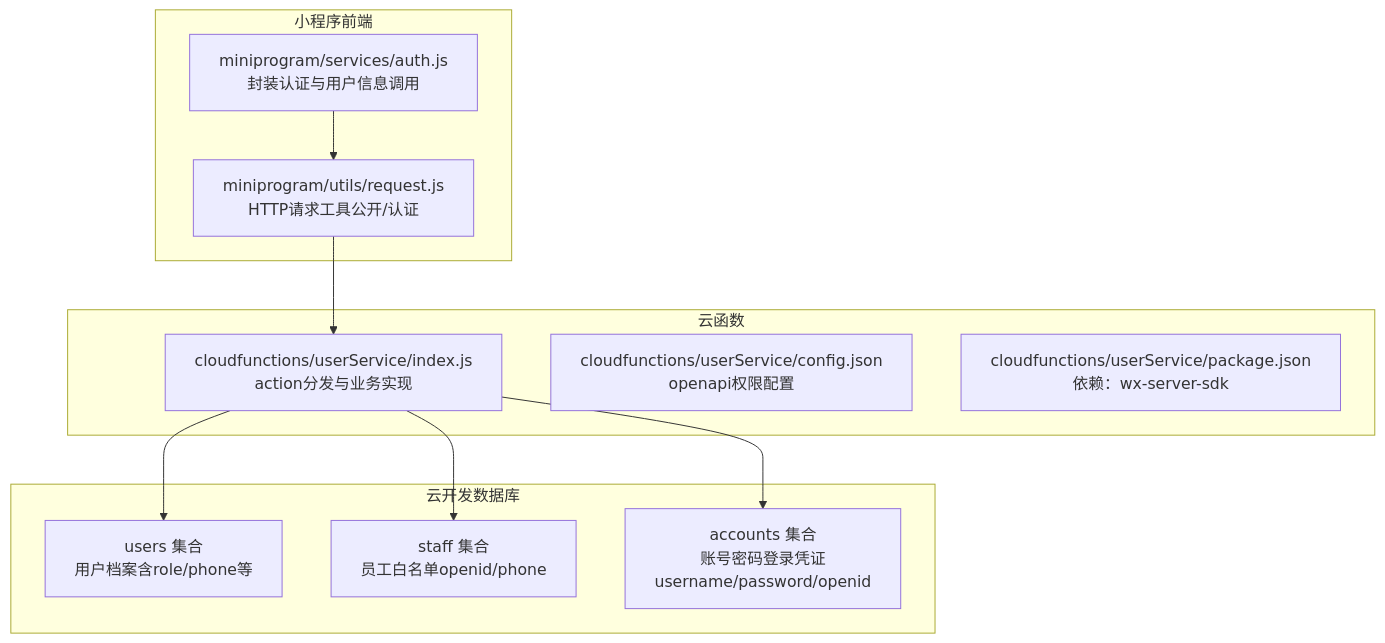
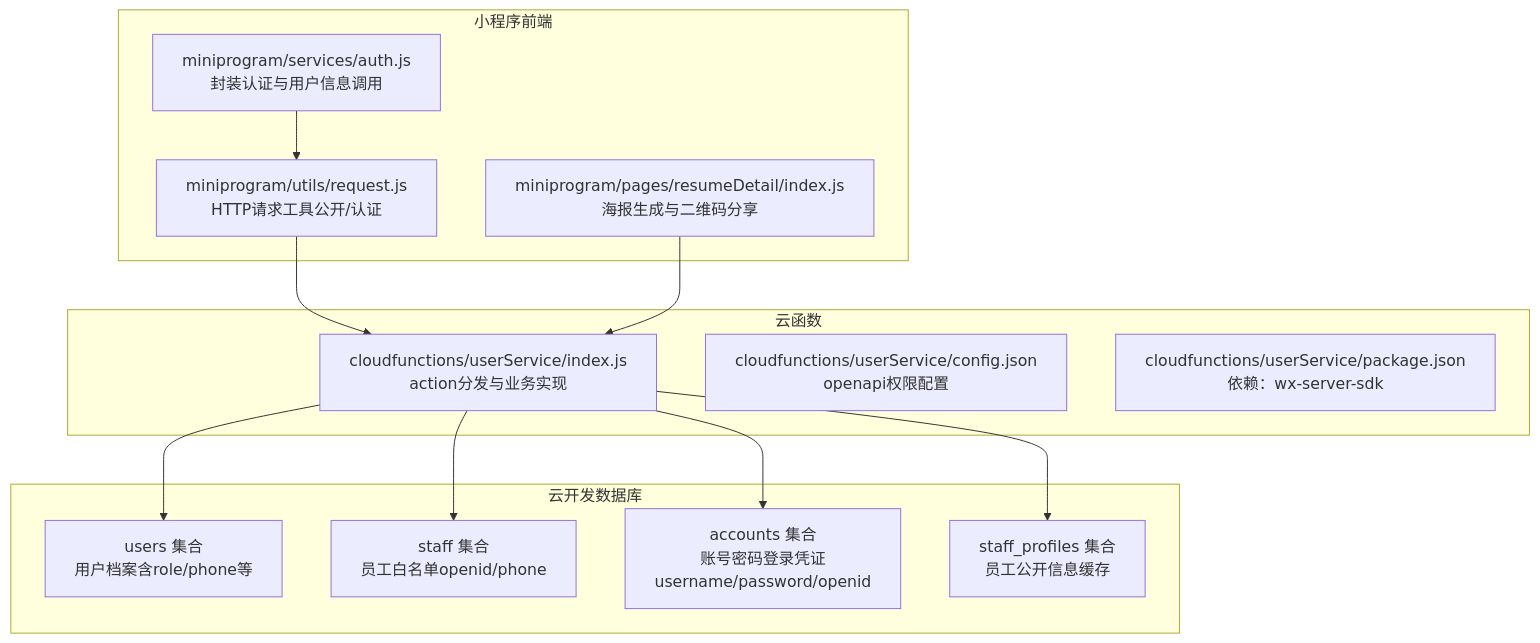
The first of 10 diagrams in .qoder/repowiki/zh/content/API参考/用户服务API/用户服务API.md (sunxuebo91/-), drawn with Mermaid before and after one commit. The commit also changed other lines of this file and 30 other files, not shown here.

First line of the commit message:
feat: add contract detail and order management pages

````diff
--- a/.qoder/repowiki/zh/content/API参考/用户服务API/用户服务API.md
+++ b/.qoder/repowiki/zh/content/API参考/用户服务API/用户服务API.md
@@ -36,22 +38,26 @@
 ```mermaid
 graph TB
 subgraph "小程序前端"
 A["miniprogram/services/auth.js<br/>封装认证与用户信息调用"]
 B["miniprogram/utils/request.js<br/>HTTP请求工具公开/认证"]
+C["miniprogram/pages/resumeDetail/index.js<br/>海报生成与二维码分享"]
 end
 subgraph "云函数"
-C["cloudfunctions/userService/index.js<br/>action分发与业务实现"]
-D["cloudfunctions/userService/config.json<br/>openapi权限配置"]
-E["cloudfunctions/userService/package.json<br/>依赖：wx-server-sdk"]
+D["cloudfunctions/userService/index.js<br/>action分发与业务实现"]
+E["cloudfunctions/userService/config.json<br/>openapi权限配置"]
+F["cloudfunctions/userService/package.json<br/>依赖：wx-server-sdk"]
 end
 subgraph "云开发数据库"
-F["users 集合<br/>用户档案含role/phone等"]
-G["staff 集合<br/>员工白名单openid/phone"]
-H["accounts 集合<br/>账号密码登录凭证username/password/openid"]
+G["users 集合<br/>用户档案含role/phone等"]
+H["staff 集合<br/>员工白名单openid/phone"]
+I["accounts 集合<br/>账号密码登录凭证username/password/openid"]
+J["staff_profiles 集合<br/>员工公开信息缓存"]
 end
 A --> B
-B --> C
-C --> F
-C --> G
-C --> H
+B --> D
+C --> D
+D --> G
+D --> H
+D --> I
+D --> J
 ```
````
